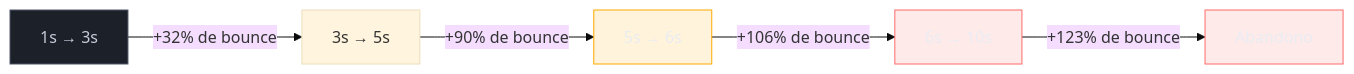
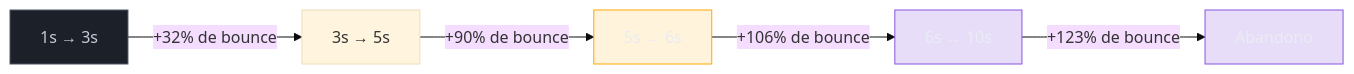
The diagram in 03-Dominios/Tecnologia/Web Performance/Medição e Core Web Vitals/01 - Por que performance importa.md (josenaldo/codex-technomanticus), drawn with Mermaid (base theme) before and after one commit. The commit also changed 601 other files, not shown here.

````diff
--- a/03-Dominios/Tecnologia/Web Performance/Medição e Core Web Vitals/01 - Por que performance importa.md
+++ b/03-Dominios/Tecnologia/Web Performance/Medição e Core Web Vitals/01 - Por que performance importa.md
@@ -46,14 +46,14 @@
 ```mermaid
 graph LR
+    classDef marca fill:#8855DF33,stroke:#8855DF,color:#E9ECF2
     classDef neutro fill:#1B2029,stroke:#4E5666,color:#C6CCD8
     classDef destaque fill:#FFAA0024,stroke:#FFAA00,color:#E9ECF2
-    classDef falha fill:#FF6B6B24,stroke:#FF6B6B,color:#E9ECF2
     A["1s → 3s"] -->|"+32% de bounce"| B["3s → 5s"]
     B -->|"+90% de bounce"| C["5s → 6s"]
     C -->|"+106% de bounce"| D["6s → 10s"]
     D -->|"+123% de bounce"| E[Abandono]
     class A neutro
     class C destaque
-    class D falha
-    class E falha
+    class D marca
+    class E marca
 ```
````
